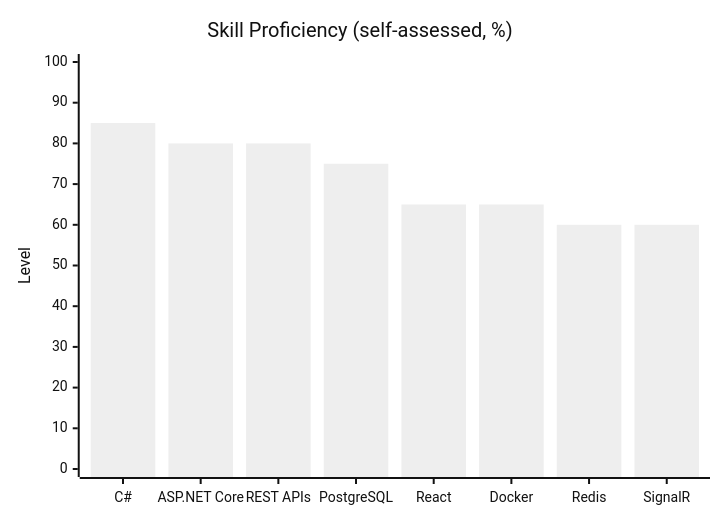
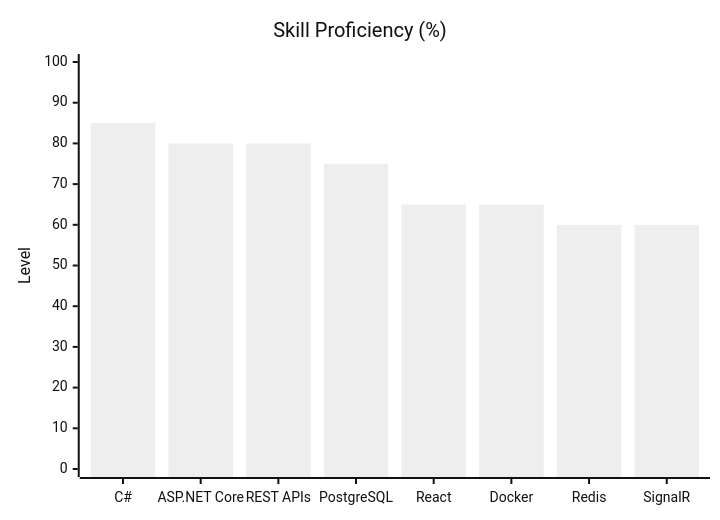
One commit to Blazeee-007/Blazeee-007 changed the diagram in README.md. Above: the diagram before and after it, drawn with Mermaid (neutral theme). The commit also changed other lines of this file, not shown here.

````diff
--- a/README.md
+++ b/README.md
@@ -87,7 +102,7 @@
 ```mermaid
 xychart-beta
-    title "Skill Proficiency (self-assessed, %)"
+    title "Skill Proficiency (%)"
     x-axis ["C#", "ASP.NET Core", "REST APIs", "PostgreSQL", "React", "Docker", "Redis", "SignalR"]
     y-axis "Level" 0 --> 100
     bar [85, 80, 80, 75, 65, 65, 60, 60]
 ```
````
